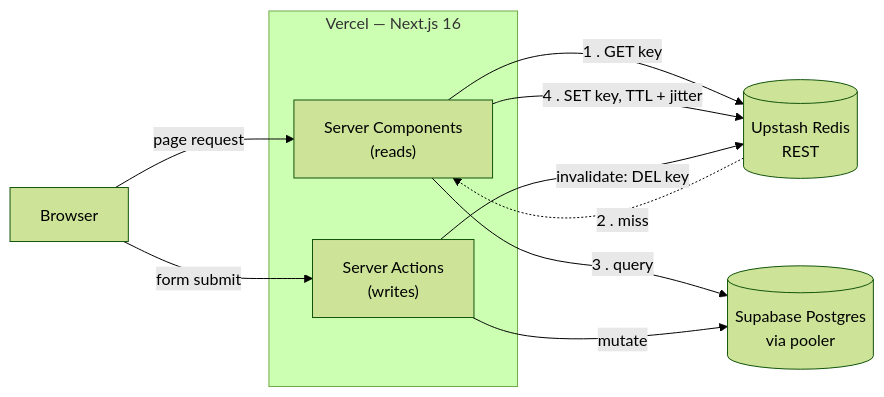
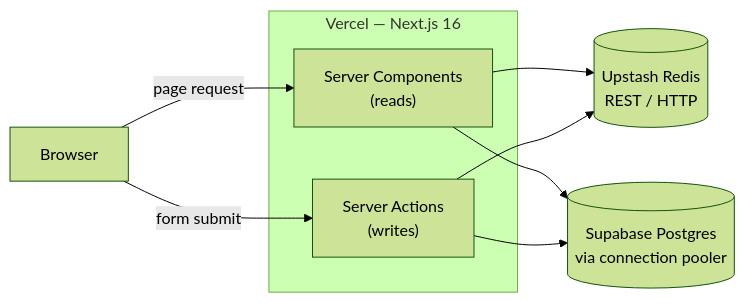
One commit to ChamPro/subscription-tracker changed the first of 2 diagrams in README.md. Above: the diagram before and after it, drawn with Mermaid (forest theme). The commit also changed other lines of this file, not shown here.

Commit message:
docs: split architecture into system + cache-aside diagrams

````diff
--- a/README.md
+++ b/README.md
@@ -17,25 +20,19 @@
 ```mermaid
 flowchart LR
     Browser["Browser"]
 
     subgraph Vercel["Vercel — Next.js 16"]
         RSC["Server Components<br/>(reads)"]
         SA["Server Actions<br/>(writes)"]
     end
 
-    Redis[("Upstash Redis<br/>REST")]
-    DB[("Supabase Postgres<br/>via pooler")]
+    DB[("Supabase Postgres<br/>via connection pooler")]
+    Redis[("Upstash Redis<br/>REST / HTTP")]
 
     Browser -->|page request| RSC
     Browser -->|form submit| SA
-
-    %% cache-aside read path
-    RSC -->|1 . GET key| Redis
-    Redis -.->|2 . miss| RSC
-    RSC -->|3 . query| DB
-    RSC -->|4 . SET key, TTL + jitter| Redis
-
-    %% write path
-    SA -->|mutate| DB
-    SA -->|invalidate: DEL key| Redis
+    RSC --> Redis
+    RSC --> DB
+    SA --> DB
+    SA --> Redis
 ```
````
